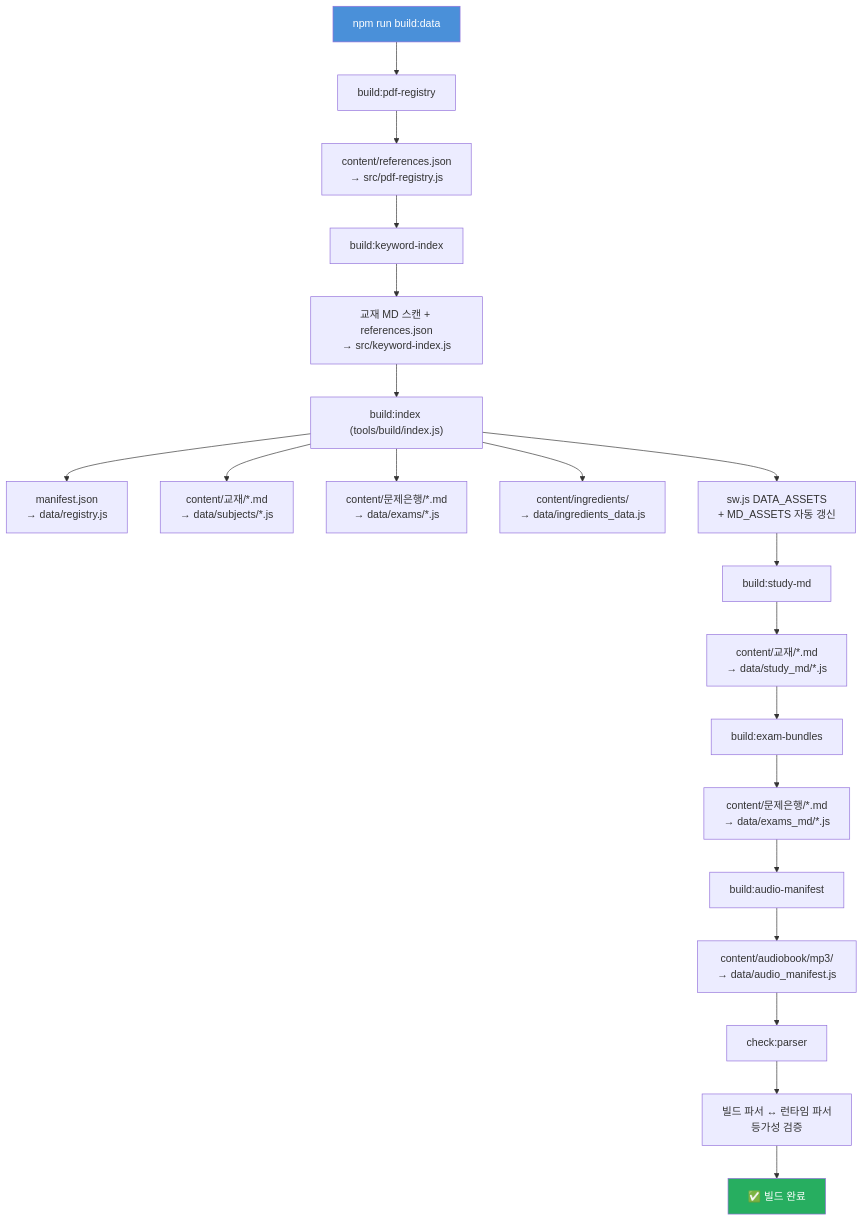
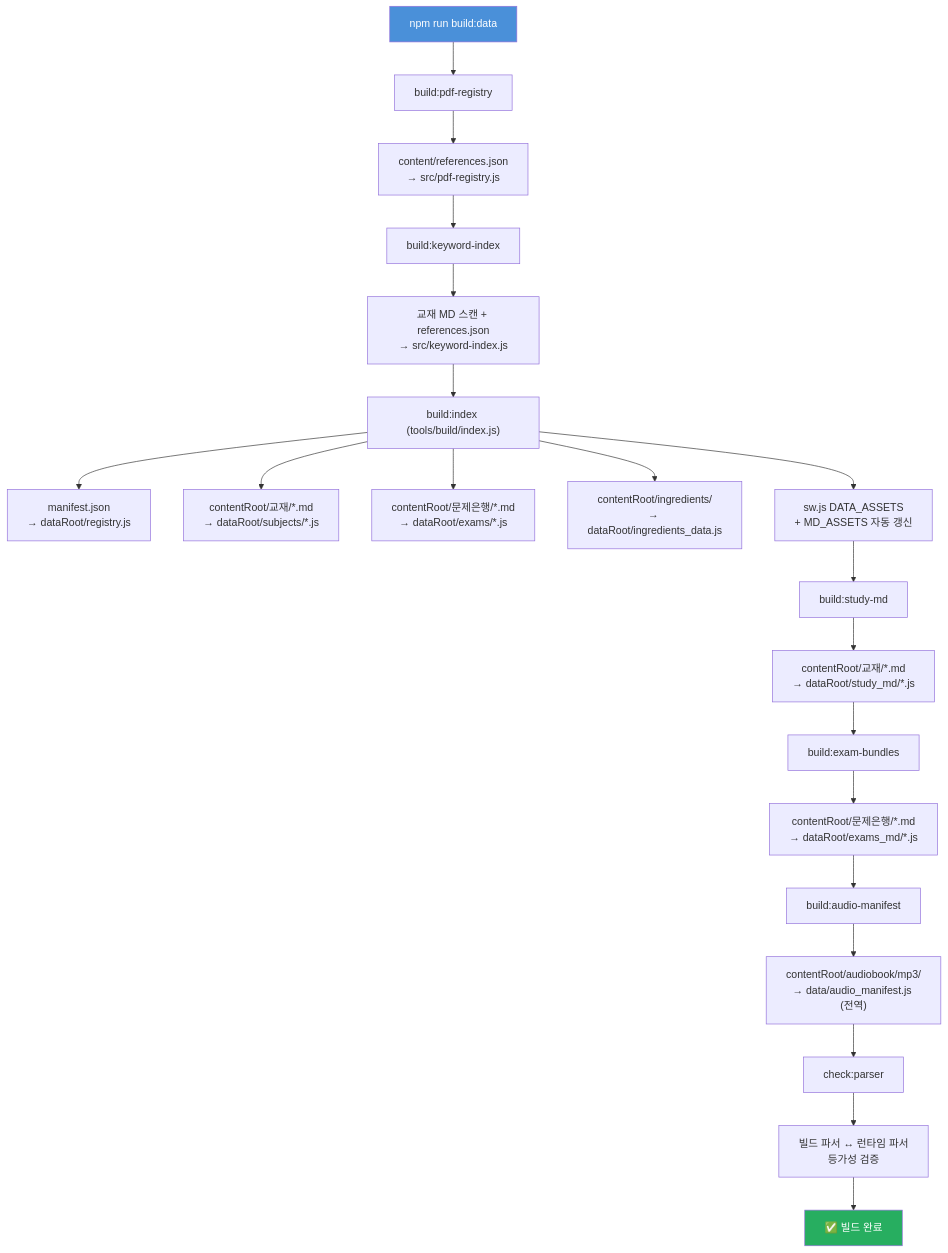
The second of 5 diagrams in docs/dev/CONTENT_WORKFLOW.md (skygoldlee-cyber/Personalized_Skincare), drawn with Mermaid before and after one commit. The commit also changed other lines of this file and 555 other files, not shown here.

First line of the commit message:
refactor: 완전 대칭 멀티시험 구조로 마이그레이션 (content/exams/cosmetic + data/exams/cosmetic)

````diff
--- a/docs/dev/CONTENT_WORKFLOW.md
+++ b/docs/dev/CONTENT_WORKFLOW.md
@@ -120,25 +120,25 @@
 ```mermaid
 flowchart TD
     A["npm run build:data"] --> B["build:pdf-registry"]
     B --> B1["content/references.json<br/>→ src/pdf-registry.js"]
     B1 --> C["build:keyword-index"]
     C --> C1["교재 MD 스캔 + references.json<br/>→ src/keyword-index.js"]
     C1 --> D["build:index (tools/build/index.js)"]
-    D --> D1["manifest.json<br/>→ data/registry.js"]
-    D --> D2["content/교재/*.md<br/>→ data/subjects/*.js"]
-    D --> D3["content/문제은행/*.md<br/>→ data/exams/*.js"]
-    D --> D4["content/ingredients/<br/>→ data/ingredients_data.js"]
+    D --> D1["manifest.json<br/>→ dataRoot/registry.js"]
+    D --> D2["contentRoot/교재/*.md<br/>→ dataRoot/subjects/*.js"]
+    D --> D3["contentRoot/문제은행/*.md<br/>→ dataRoot/exams/*.js"]
+    D --> D4["contentRoot/ingredients/<br/>→ dataRoot/ingredients_data.js"]
     D --> D5["sw.js DATA_ASSETS<br/>+ MD_ASSETS 자동 갱신"]
     D5 --> E["build:study-md"]
-    E --> E1["content/교재/*.md<br/>→ data/study_md/*.js"]
+    E --> E1["contentRoot/교재/*.md<br/>→ dataRoot/study_md/*.js"]
     E1 --> F["build:exam-bundles"]
-    F --> F1["content/문제은행/*.md<br/>→ data/exams_md/*.js"]
+    F --> F1["contentRoot/문제은행/*.md<br/>→ dataRoot/exams_md/*.js"]
     F1 --> G["build:audio-manifest"]
-    G --> G1["content/audiobook/mp3/<br/>→ data/audio_manifest.js"]
+    G --> G1["contentRoot/audiobook/mp3/<br/>→ data/audio_manifest.js (전역)"]
     G1 --> H["check:parser"]
     H --> H1["빌드 파서 ↔ 런타임 파서<br/>등가성 검증"]
     H1 --> I["✅ 빌드 완료"]
 
     style A fill:#4a90d9,color:#fff
     style I fill:#27ae60,color:#fff
 ```
````
